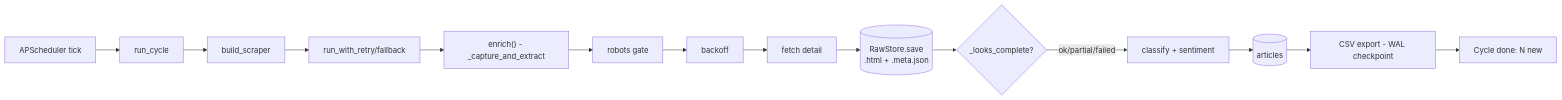
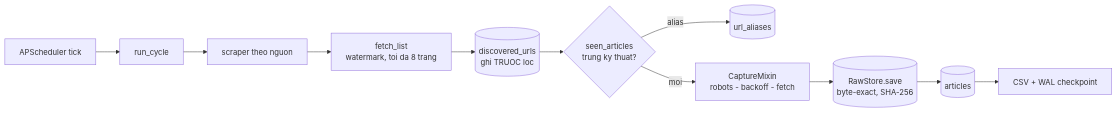
The second of 5 diagrams in project/docs/design/00-end-to-end-architecture.md (Tuanan172-py/fts-news-scape), drawn with Mermaid before and after one commit. The commit also changed other lines of this file and 38 other files, not shown here.

Commit message:
docs(harness): unify architecture state, L0/L1, publish path, manifest SSOT, users/output (US-045, US-046)

````diff
--- a/project/docs/design/00-end-to-end-architecture.md
+++ b/project/docs/design/00-end-to-end-architecture.md
@@ -59,12 +102,9 @@
 ```mermaid
 flowchart LR
-  T[APScheduler tick] --> RC[run_cycle]
-  RC --> BS[build_scraper] --> RUN[run_with_retry/fallback]
-  RUN --> EN["enrich() - _capture_and_extract"]
-  EN --> RB[robots gate] --> BO[backoff] --> FE[fetch detail]
-  FE --> SV[(RawStore.save<br/>.html + .meta.json)]
-  SV --> LC{_looks_complete?}
-  LC -->|ok/partial/failed| CL[classify + sentiment]
-  CL --> WR[(articles)] --> EX[CSV export - WAL checkpoint]
-  EX --> DN[Cycle done: N new]
+  T[APScheduler tick] --> RC[run_cycle] --> SC[scraper theo nguon]
+  SC --> PG[fetch_list<br/>watermark, toi da 8 trang] --> LD[(discovered_urls<br/>ghi TRUOC loc)]
+  LD --> EX{seen_articles<br/>trung ky thuat?}
+  EX -->|alias| AL[(url_aliases)]
+  EX -->|moi| CAP[CaptureMixin<br/>robots - backoff - fetch]
+  CAP --> RS[(RawStore.save<br/>byte-exact, SHA-256)] --> ART[(articles)] --> CSV[CSV + WAL checkpoint]
 ```
````
